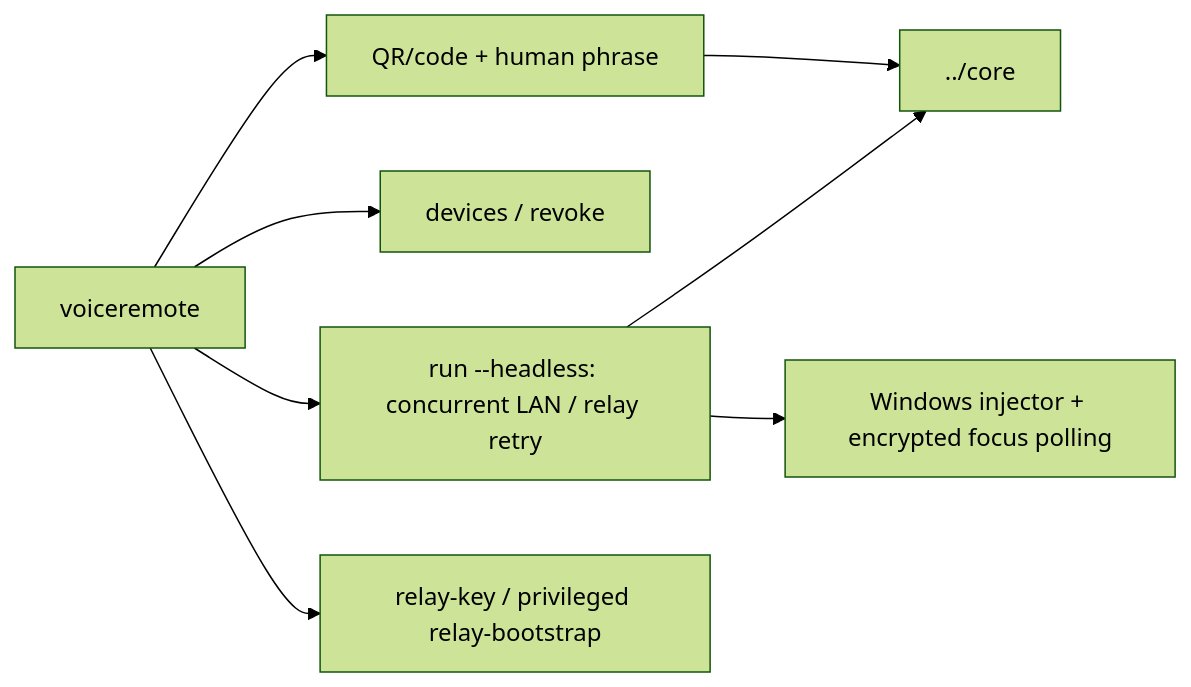
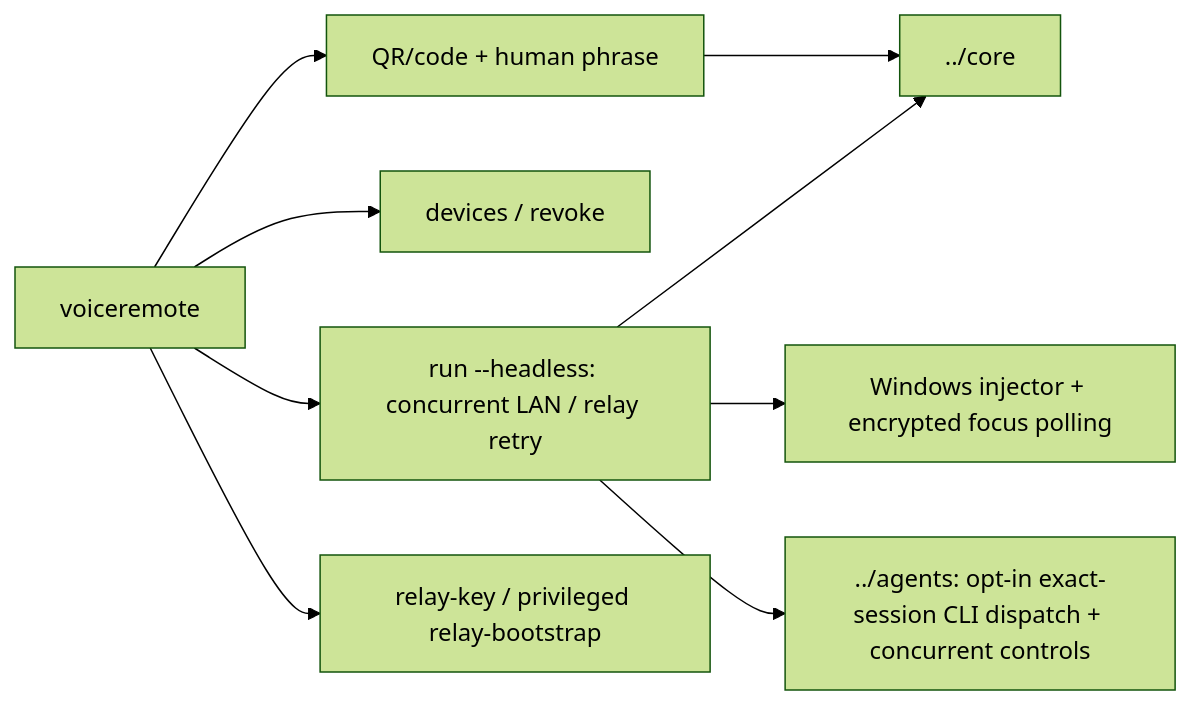
The diagram in SW/desktop/crates/app/README.md (Harwasch/voiceremote), drawn with Mermaid (forest theme) before and after one commit. The commit also changed other lines of this file and 18 other files, not shown here.

````diff
--- a/SW/desktop/crates/app/README.md
+++ b/SW/desktop/crates/app/README.md
@@ -1,9 +1,10 @@
 ```mermaid
 flowchart LR
     CLI[voiceremote] --> Pair[QR/code + human phrase]
     CLI --> Registry[devices / revoke]
     CLI --> Run[run --headless: concurrent LAN / relay retry]
     CLI --> Relay[relay-key / privileged relay-bootstrap]
     Pair & Run --> Core[../core]
     Run --> Windows[Windows injector + encrypted focus polling]
+    Run --> Agents[../agents: opt-in exact-session CLI dispatch + concurrent controls]
 ```
````
